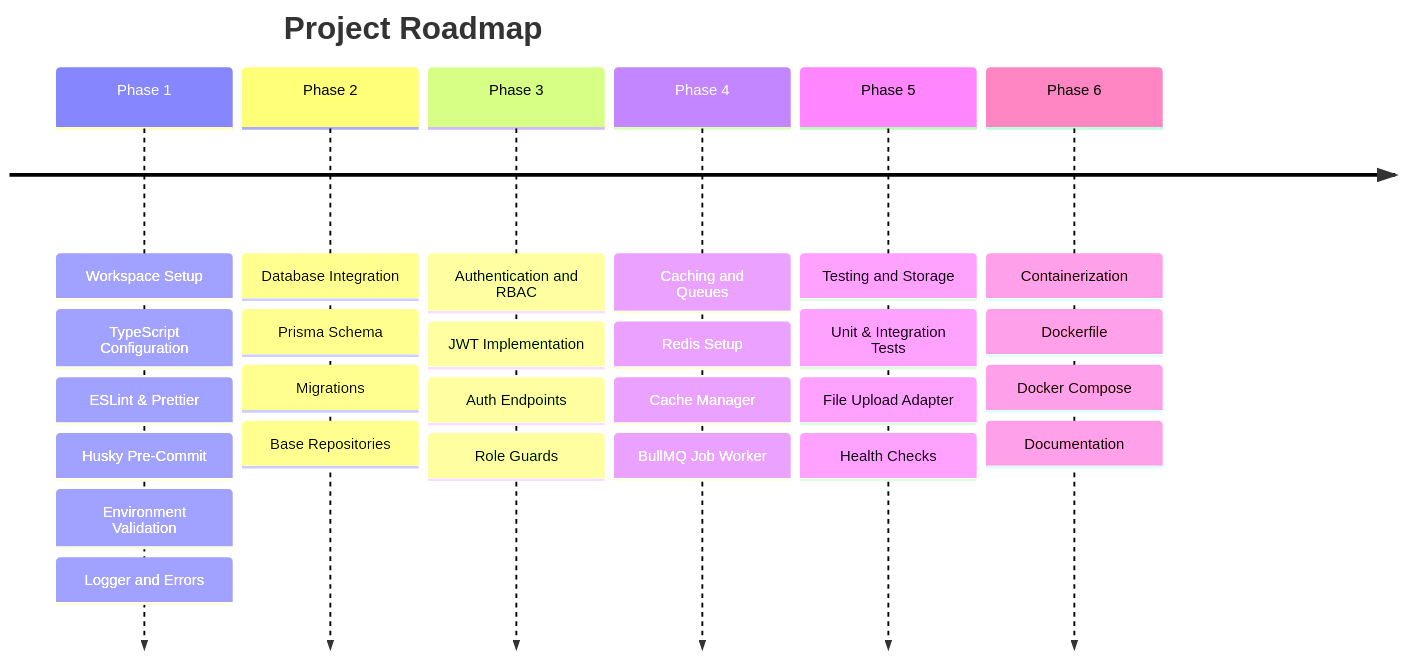
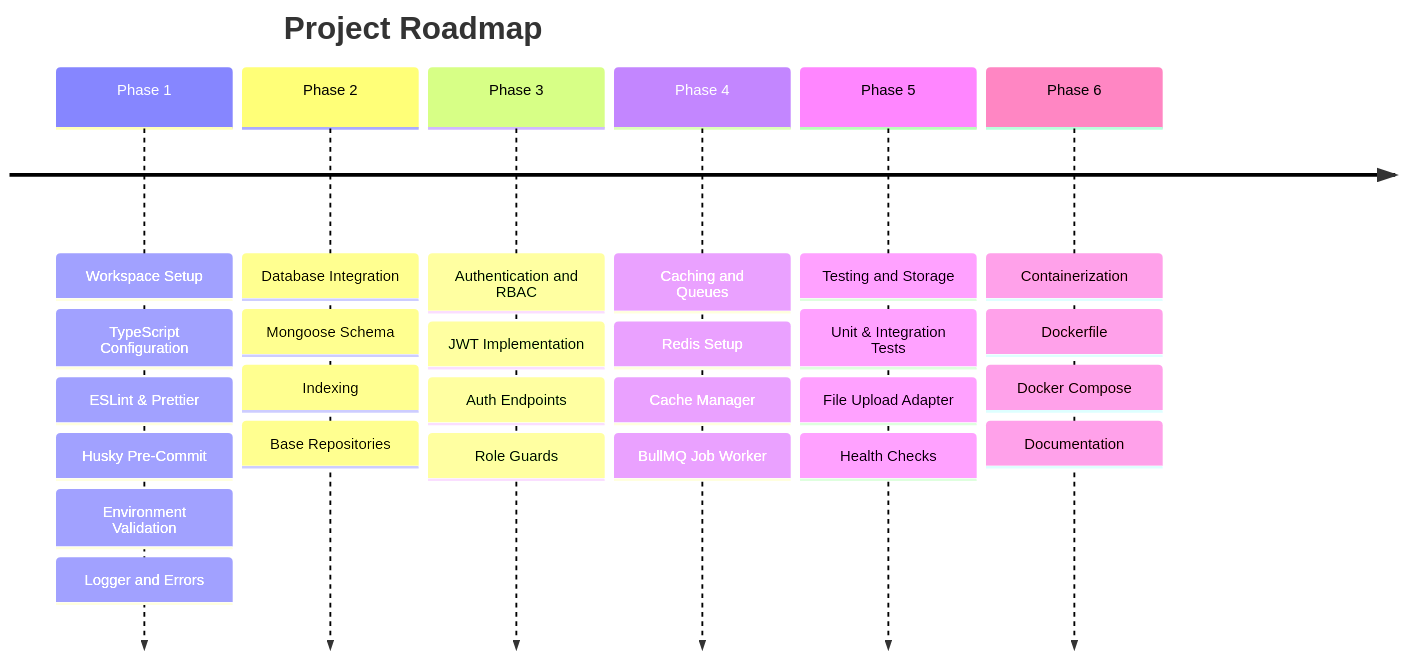
The second of 2 diagrams in PRD.md (Manjeet-Yadav-777/Node-JS-Backend-Kit), drawn with Mermaid before and after one commit. The commit also changed other lines of this file and 10 other files, not shown here.

````diff
--- a/PRD.md
+++ b/PRD.md
@@ -158,10 +158,10 @@
 ```mermaid
 timeline
     title Project Roadmap
     Phase 1 : Workspace Setup : TypeScript Configuration : ESLint & Prettier : Husky Pre-Commit : Environment Validation : Logger and Errors
-    Phase 2 : Database Integration : Prisma Schema : Migrations : Base Repositories
+    Phase 2 : Database Integration : Mongoose Schema : Indexing : Base Repositories
     Phase 3 : Authentication and RBAC : JWT Implementation : Auth Endpoints : Role Guards
     Phase 4 : Caching and Queues : Redis Setup : Cache Manager : BullMQ Job Worker
     Phase 5 : Testing and Storage : Unit & Integration Tests : File Upload Adapter : Health Checks
     Phase 6 : Containerization : Dockerfile : Docker Compose : Documentation
 ```
````
